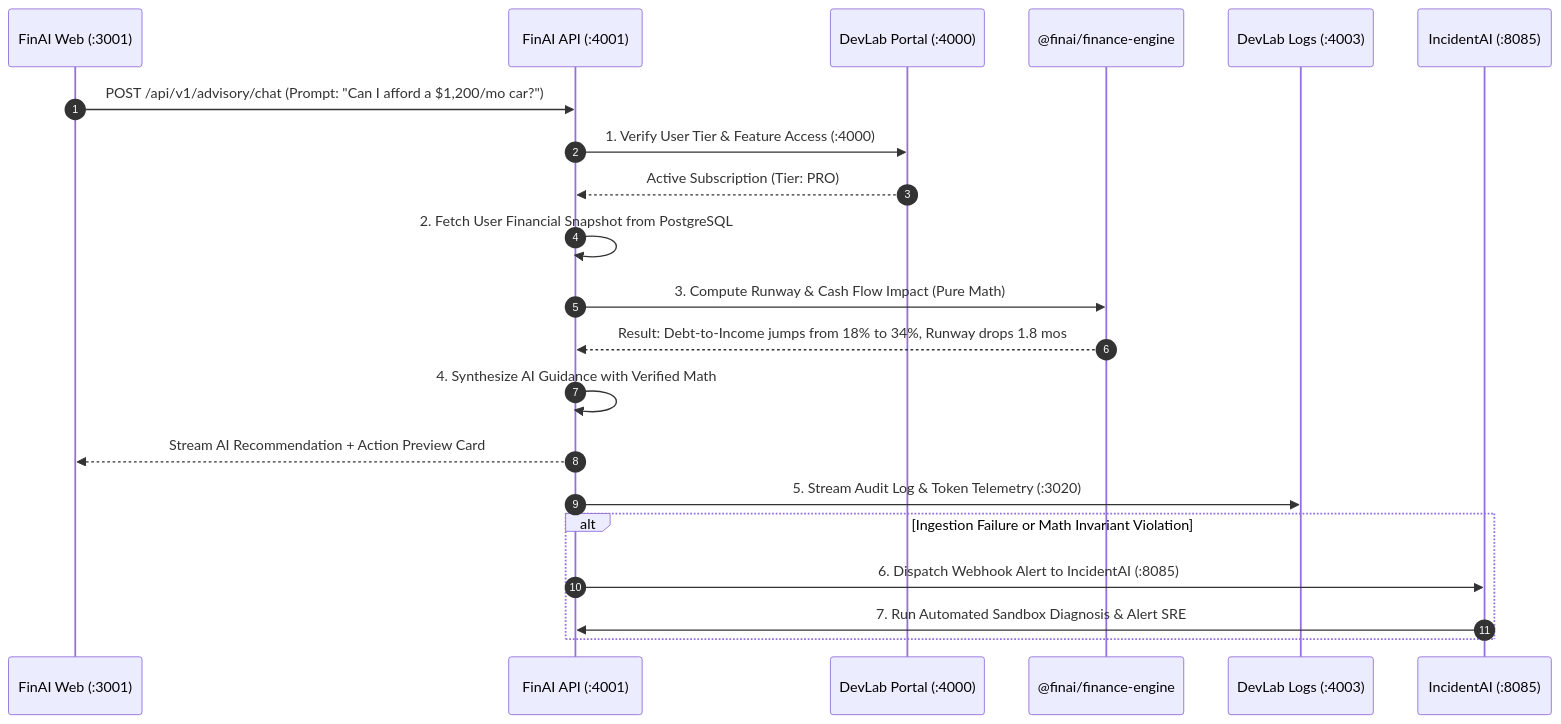
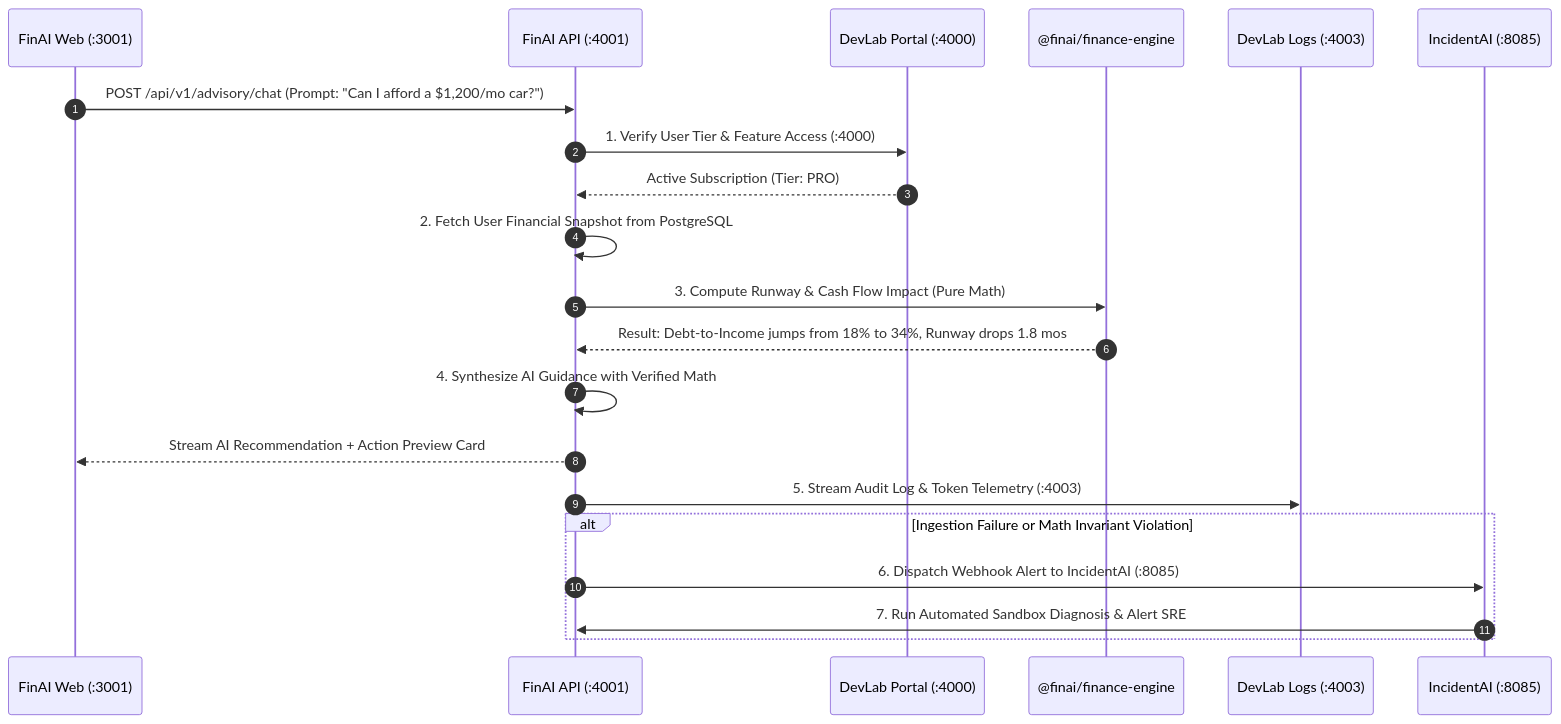
One commit to yuvadevlab/fin-ai changed the diagram in PROJECT_INFO.md. Above: the diagram before and after it, drawn with Mermaid. The commit also changed other lines of this file and 2 other files, not shown here.

Commit message:
docs(architecture): standardize ports and update package manager

````diff
--- a/PROJECT_INFO.md
+++ b/PROJECT_INFO.md
@@ -103,25 +103,25 @@
 ```mermaid
 sequenceDiagram
     autonumber
     participant Client as FinAI Web (:3001)
     participant API as FinAI API (:4001)
     participant DP as DevLab Portal (:4000)
     participant Engine as @finai/finance-engine
     participant DL as DevLab Logs (:4003)
     participant IA as IncidentAI (:8085)
 
     Client->>API: POST /api/v1/advisory/chat (Prompt: "Can I afford a $1,200/mo car?")
     API->>DP: 1. Verify User Tier & Feature Access (:4000)
     DP-->>API: Active Subscription (Tier: PRO)
     API->>API: 2. Fetch User Financial Snapshot from PostgreSQL
     API->>Engine: 3. Compute Runway & Cash Flow Impact (Pure Math)
     Engine-->>API: Result: Debt-to-Income jumps from 18% to 34%, Runway drops 1.8 mos
     API->>API: 4. Synthesize AI Guidance with Verified Math
     API-->>Client: Stream AI Recommendation + Action Preview Card
-    API->>DL: 5. Stream Audit Log & Token Telemetry (:3020)
+    API->>DL: 5. Stream Audit Log & Token Telemetry (:4003)
 
     alt Ingestion Failure or Math Invariant Violation
         API->>IA: 6. Dispatch Webhook Alert to IncidentAI (:8085)
         IA->>API: 7. Run Automated Sandbox Diagnosis & Alert SRE
     end
 ```
````
